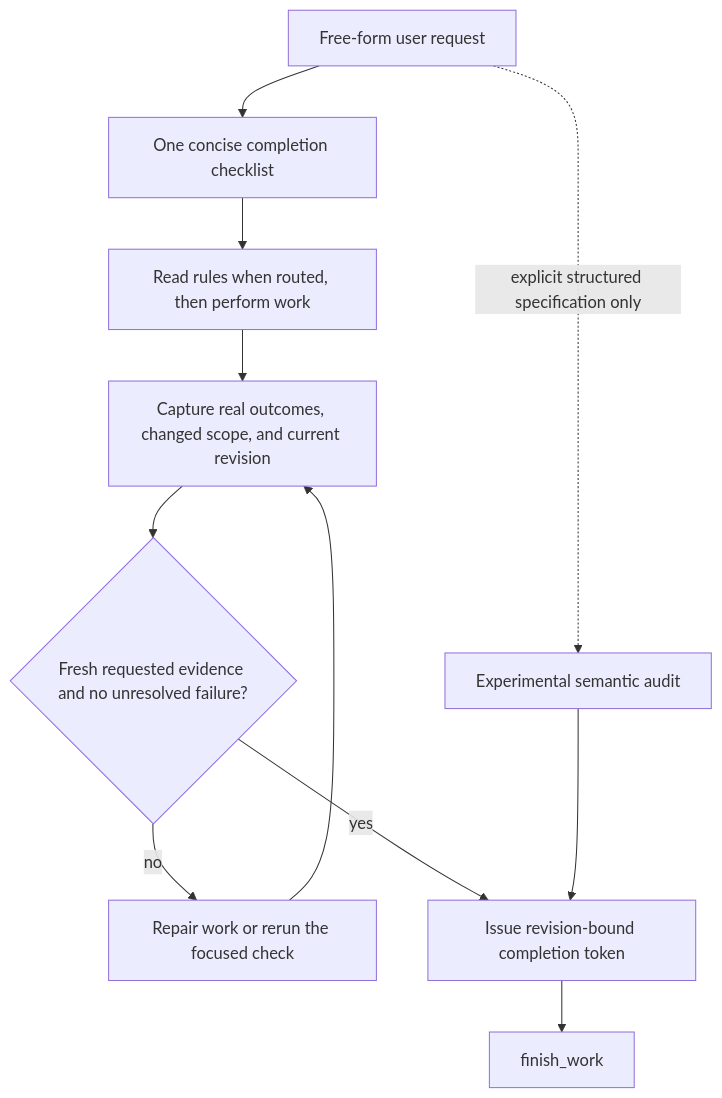
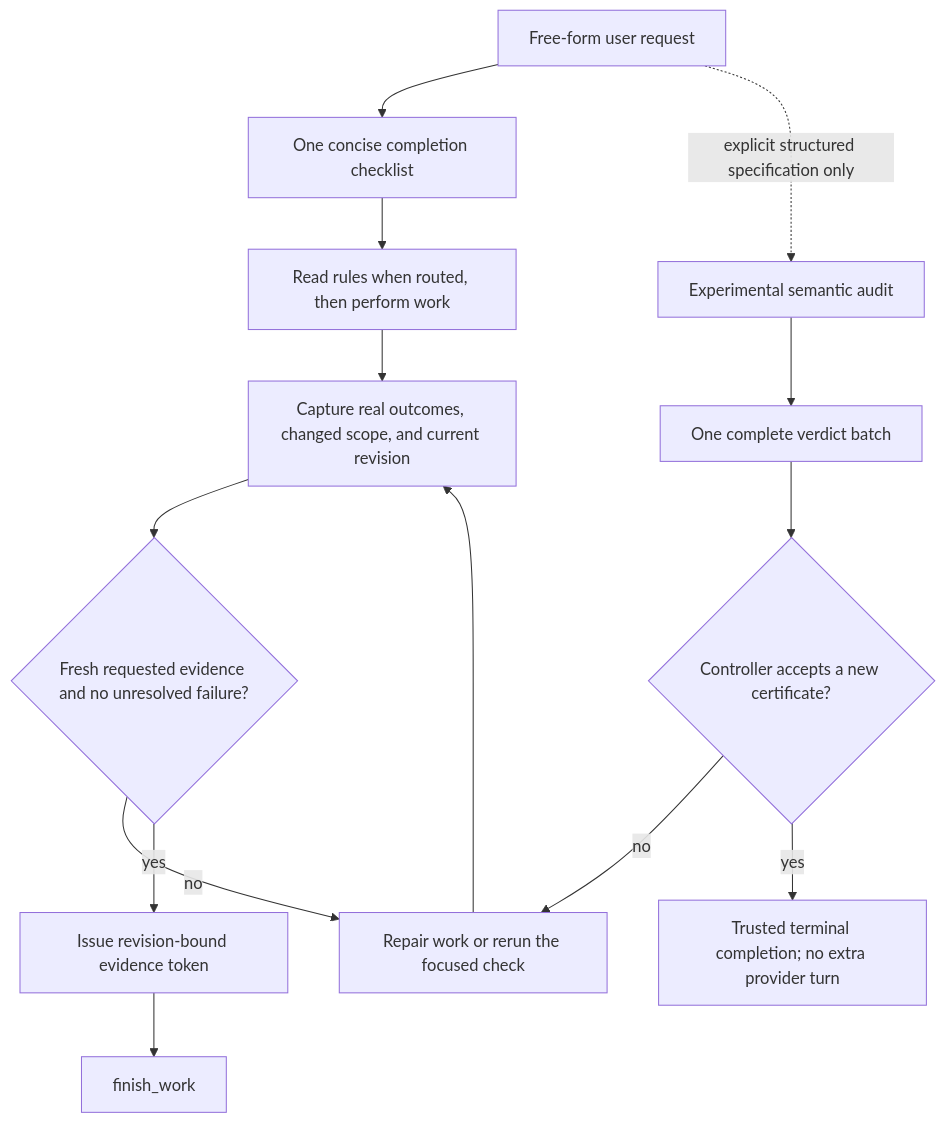
One commit to dst0/p changed the diagram in packages/coding-agent/docs/usage.md. Above: the diagram before and after it, drawn with Mermaid. The commit also changed other lines of this file and 54 other files, not shown here.

Commit message:
fix(agent): end trusted audits without another provider turn

````diff
--- a/packages/coding-agent/docs/usage.md
+++ b/packages/coding-agent/docs/usage.md
@@ -115,13 +115,16 @@
 ```mermaid
 flowchart TD
     Request["Free-form user request"] --> Checklist["One concise completion checklist"]
     Checklist --> Work["Read rules when routed, then perform work"]
     Work --> Evidence["Capture real outcomes, changed scope, and current revision"]
     Evidence --> Ready{"Fresh requested evidence and no unresolved failure?"}
     Ready -->|no| Repair["Repair work or rerun the focused check"]
     Repair --> Evidence
-    Ready -->|yes| Token["Issue revision-bound completion token"]
+    Ready -->|yes| Token["Issue revision-bound evidence token"]
     Token --> Finish["finish_work"]
     Request -. "explicit structured specification only" .-> Audit["Experimental semantic audit"]
-    Audit --> Token
+    Audit --> Verdict["One complete verdict batch"]
+    Verdict --> Certified{"Controller accepts a new certificate?"}
+    Certified -->|no| Repair
+    Certified -->|yes| Terminal["Trusted terminal completion; no extra provider turn"]
 ```
````
